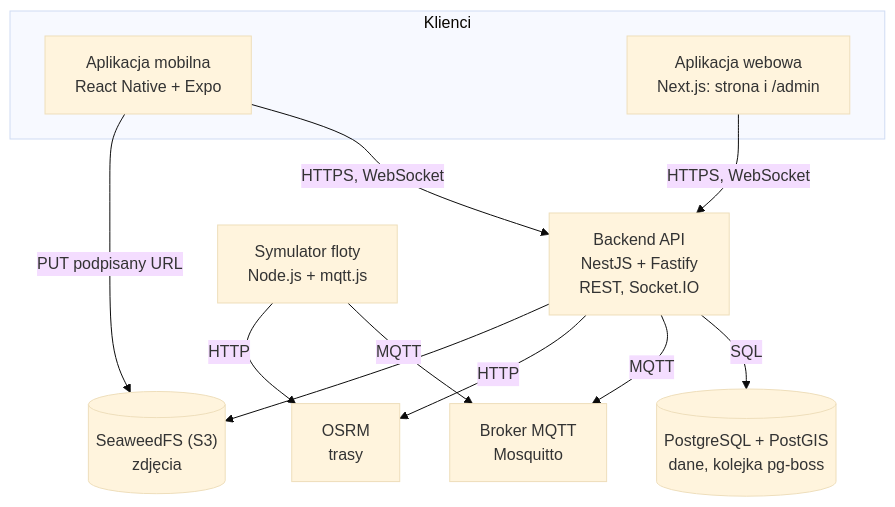
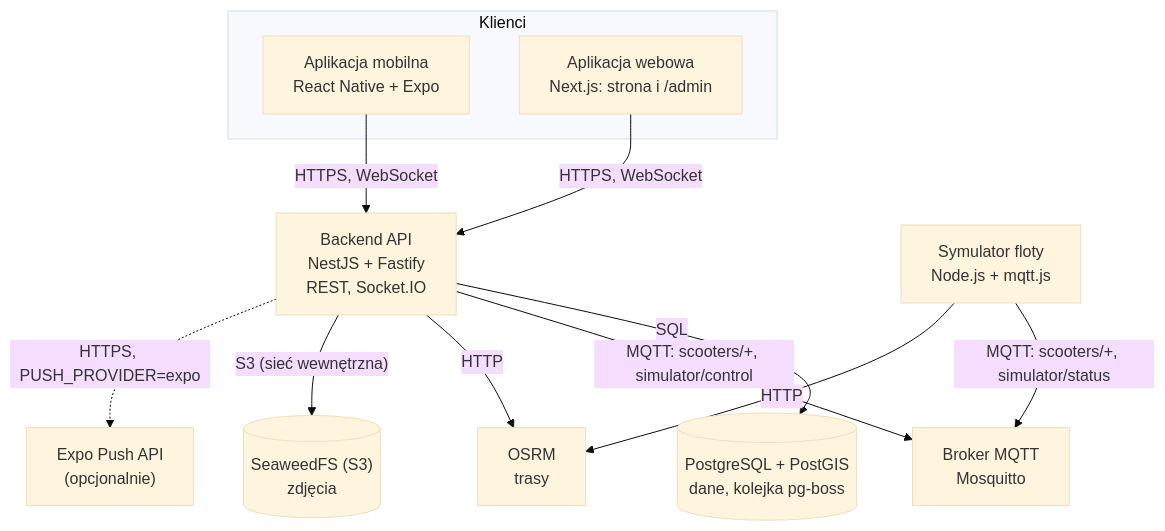
Before and after one commit to FifiLen/engineering-project: the diagram in docs/arc42/05-widok-blokow.md, drawn with Mermaid (base theme). The commit also changed other lines of this file and 9 other files, not shown here.

````diff
--- a/docs/arc42/05-widok-blokow.md
+++ b/docs/arc42/05-widok-blokow.md
@@ -5,23 +5,24 @@
 ```mermaid
 flowchart TB
     subgraph Klienci
         M["Aplikacja mobilna<br/>React Native + Expo"]
         W["Aplikacja webowa<br/>Next.js: strona i /admin"]
     end
     API["Backend API<br/>NestJS + Fastify<br/>REST, Socket.IO"]
     DB[("PostgreSQL + PostGIS<br/>dane, kolejka pg-boss")]
     MQ["Broker MQTT<br/>Mosquitto"]
     SIM["Symulator floty<br/>Node.js + mqtt.js"]
     FS[("SeaweedFS (S3)<br/>zdjęcia")]
     OSRM["OSRM<br/>trasy"]
+    PUSH["Expo Push API<br/>(opcjonalnie)"]
 
     M -- "HTTPS, WebSocket" --> API
     W -- "HTTPS, WebSocket" --> API
-    M -- "PUT podpisany URL" --> FS
     API -- "SQL" --> DB
-    API -- "MQTT" --> MQ
-    SIM -- "MQTT" --> MQ
+    API -- "MQTT: scooters/+, simulator/control" --> MQ
+    SIM -- "MQTT: scooters/+, simulator/status" --> MQ
     SIM -- "HTTP" --> OSRM
     API -- "HTTP" --> OSRM
-    API --> FS
+    API -- "S3 (sieć wewnętrzna)" --> FS
+    API -. "HTTPS, PUSH_PROVIDER=expo" .-> PUSH
 ```
````
